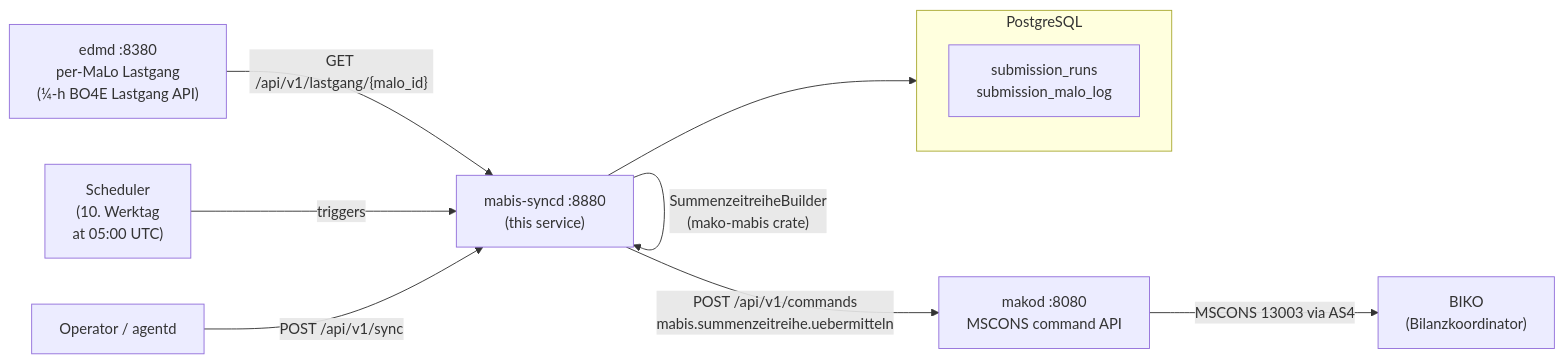
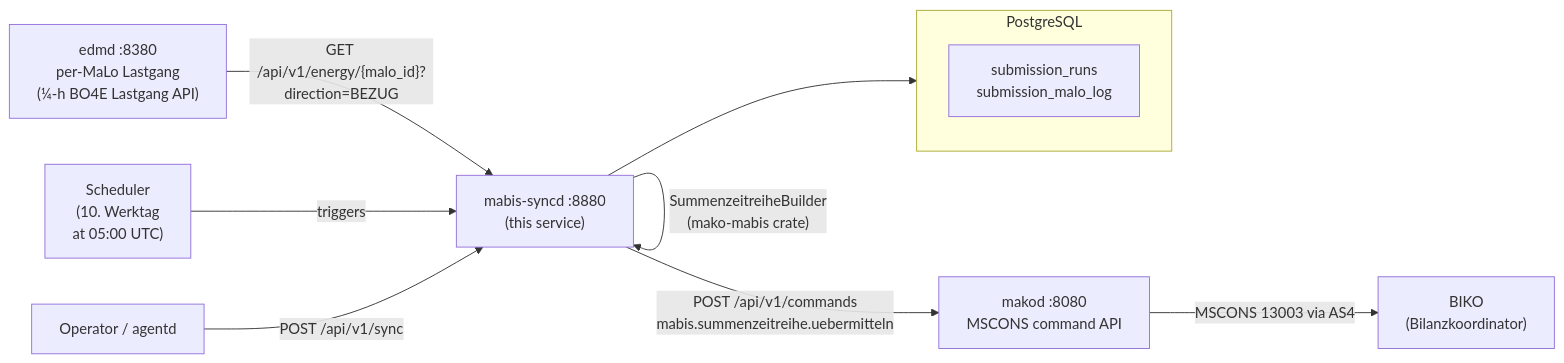
One commit to hupe1980/mako changed the first of 2 diagrams in site/content/docs/services/mabis-syncd.md. Above: the diagram before and after it, drawn with Mermaid. The commit also changed other lines of this file and 45 other files, not shown here.

First line of the commit message:
Update API endpoints in einsd and mabis-syncd documentation

````diff
--- a/site/content/docs/services/mabis-syncd.md
+++ b/site/content/docs/services/mabis-syncd.md
@@ -77,20 +77,20 @@
 ```mermaid
 flowchart LR
     edmd["edmd :8380<br/>per-MaLo Lastgang<br/>(¼-h BO4E Lastgang API)"]
     syncd["mabis-syncd :8880<br/>(this service)"]
     makod["makod :8080<br/>MSCONS command API"]
     biko["BIKO<br/>(Bilanzkoordinator)"]
 
     subgraph pg["PostgreSQL"]
         runs["submission_runs<br/>submission_malo_log"]
     end
 
-    edmd -->|"GET /api/v1/lastgang/{malo_id}"| syncd
+    edmd -->|"GET /api/v1/energy/{malo_id}?direction=BEZUG"| syncd
     syncd -->|"SummenzeitreiheBuilder<br/>(mako-mabis crate)"| syncd
     syncd -->|"POST /api/v1/commands<br/>mabis.summenzeitreihe.uebermitteln"| makod
     makod -->|"MSCONS 13003 via AS4"| biko
     syncd --> pg
 
     sched["Scheduler<br/>(10. Werktag<br/>at 05:00 UTC)"] -->|triggers| syncd
     operator["Operator / agentd"] -->|"POST /api/v1/sync"| syncd
 ```
````
